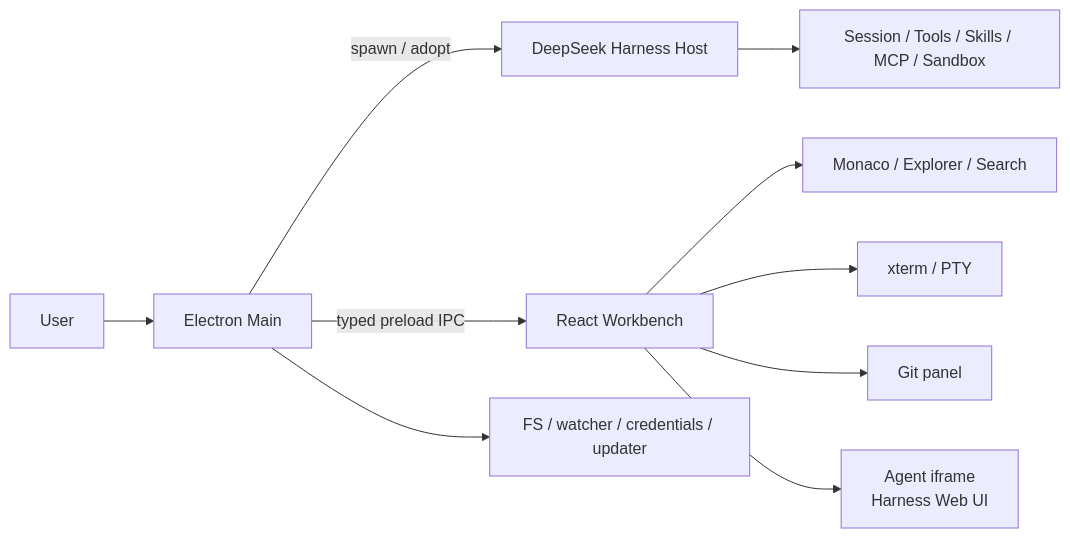
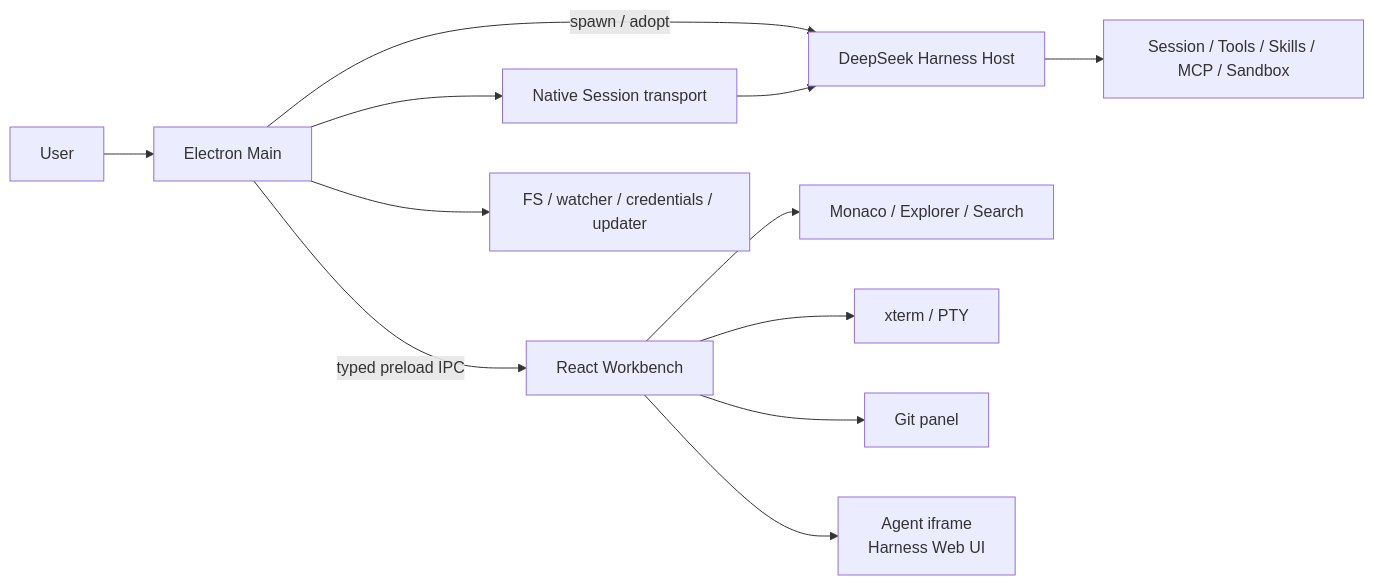
The diagram in README.en.md (davidtan2008/deepseek-harness-desktop), drawn with Mermaid before and after one commit. The commit also changed other lines of this file and 36 other files, not shown here.

Commit message:
feat: connect native agent session transport

````diff
--- a/README.en.md
+++ b/README.en.md
@@ -75,12 +76,14 @@
 ```mermaid
 flowchart LR
   User[User] --> Main[Electron Main]
   Main -->|spawn / adopt| Host[DeepSeek Harness Host]
   Main -->|typed preload IPC| UI[React Workbench]
   UI --> Editor[Monaco / Explorer / Search]
   UI --> Terminal[xterm / PTY]
   UI --> Git[Git panel]
   UI --> Agent[Agent iframe\nHarness Web UI]
   Host --> Runtime[Session / Tools / Skills / MCP / Sandbox]
+  Main --> AgentRuntime[Native Session transport]
+  AgentRuntime --> Host
   Main --> Platform[FS / watcher / credentials / updater]
 ```
````
